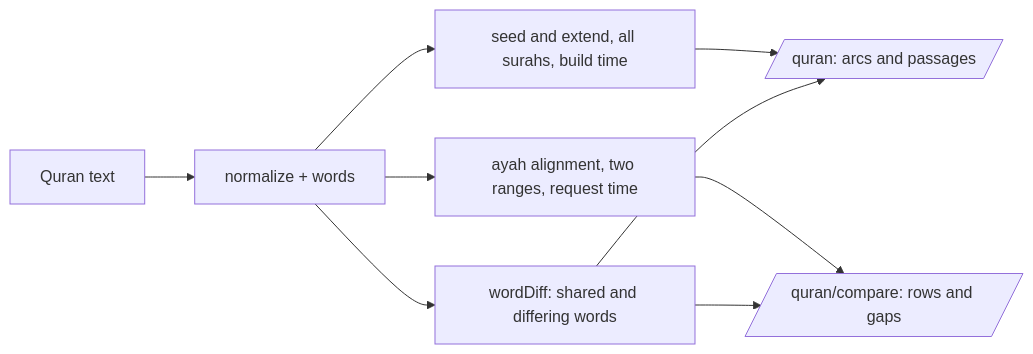
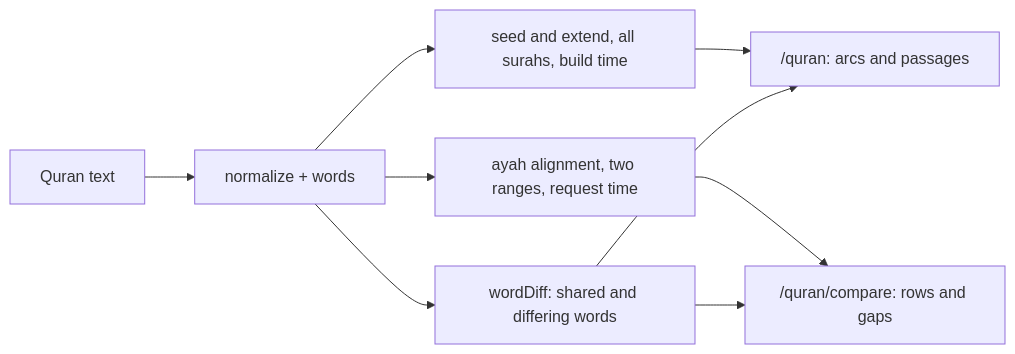
One commit to msskzx/namaq changed the diagram in docs/plans/quran-engine-notes.md. Above: the diagram before and after it, drawn with Mermaid. The commit also changed other lines of this file, not shown here.

Commit message:
docs(quran): correct what compare accepts and soften the verdicts

````diff
--- a/docs/plans/quran-engine-notes.md
+++ b/docs/plans/quran-engine-notes.md
@@ -25,11 +27,11 @@
 ```mermaid
 flowchart LR
   T[Quran text] --> N[normalize + words]
   N --> S[seed and extend, all surahs, build time]
   N --> A[ayah alignment, two ranges, request time]
-  S --> P[/quran: arcs and passages/]
-  A --> C[/quran/compare: rows and gaps/]
+  S --> P["/quran: arcs and passages"]
+  A --> C["/quran/compare: rows and gaps"]
   N --> D[wordDiff: shared and differing words]
   D --> P
   D --> C
 ```
````
